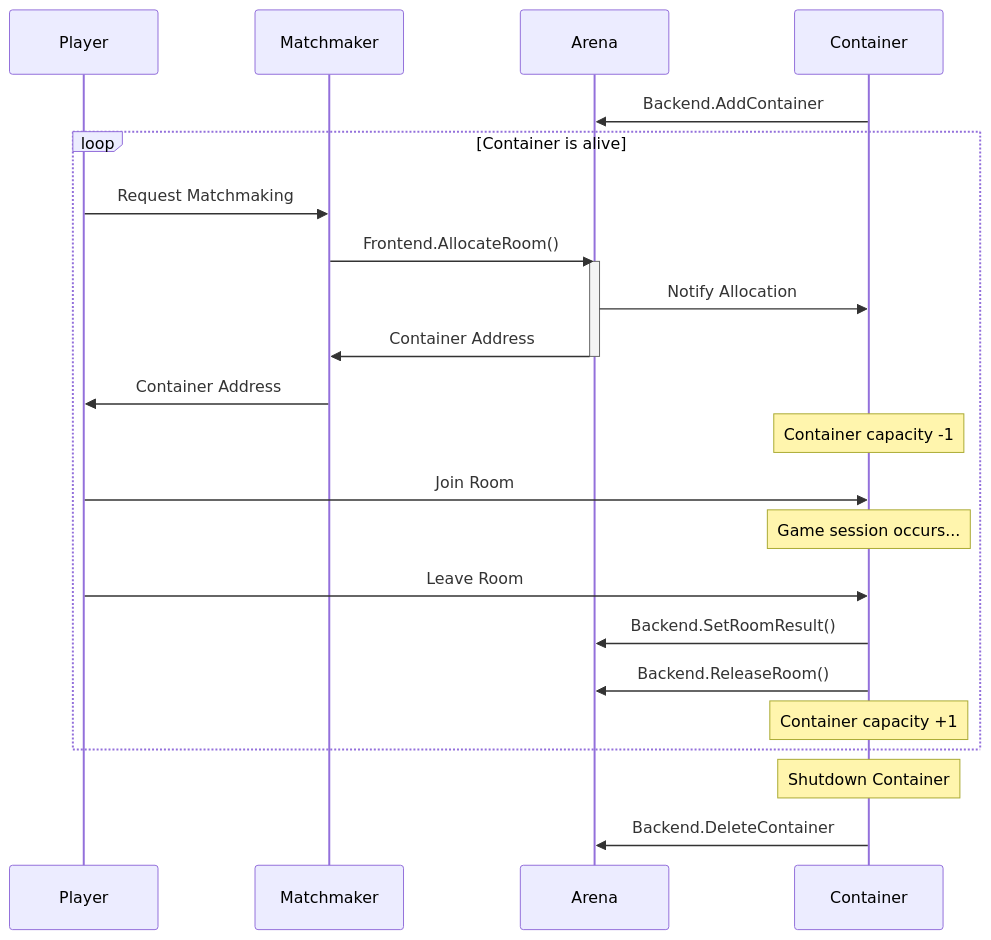
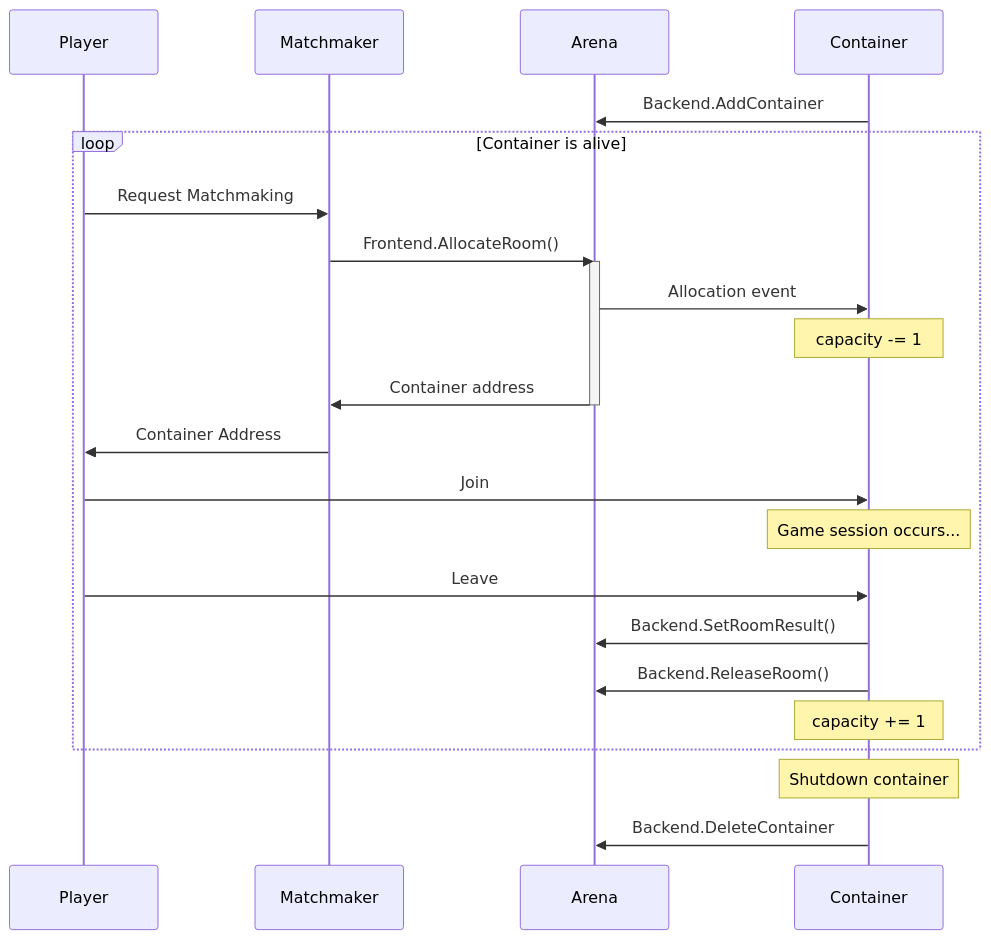
The diagram in README.md (castaneai/arena), drawn with Mermaid before and after one commit. The commit also changed 17 other files, not shown here.

````diff
--- a/README.md
+++ b/README.md
@@ -21,28 +21,28 @@
 ```mermaid
 sequenceDiagram
     participant Player
     participant Matchmaker
     participant Arena
     participant Container
 
     Container ->> Arena: Backend.AddContainer
     loop Container is alive
         Player ->> Matchmaker: Request Matchmaking
         Matchmaker ->> Arena: Frontend.AllocateRoom()
         activate Arena
-        Arena ->> Container: Notify Allocation
-        Arena ->> Matchmaker: Container Address
+        Arena ->> Container: Allocation event
+        Note over Container: capacity -= 1
+        Arena ->> Matchmaker: Container address
         deactivate Arena
         Matchmaker ->> Player: Container Address
-        Note over Container: Container capacity -1
 
-        Player ->> Container: Join Room
+        Player ->> Container: Join
         Note over Container: Game session occurs...
-        Player ->> Container: Leave Room
+        Player ->> Container: Leave
         Container ->> Arena: Backend.SetRoomResult()
         Container ->> Arena: Backend.ReleaseRoom()
-        Note over Container: Container capacity +1
+        Note over Container: capacity += 1
     end
-    Note over Container: Shutdown Container
+    Note over Container: Shutdown container
     Container ->> Arena: Backend.DeleteContainer
 ```
````
